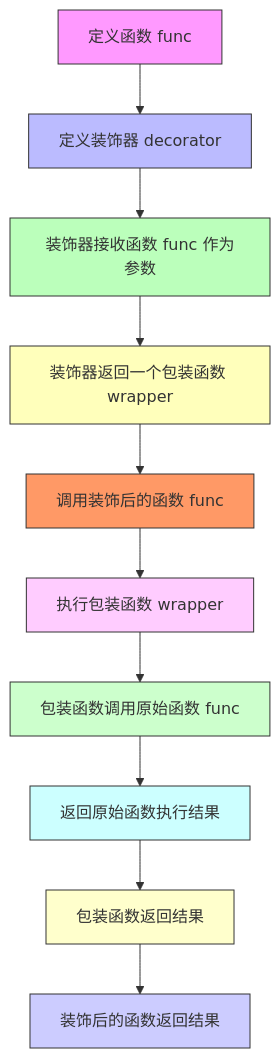
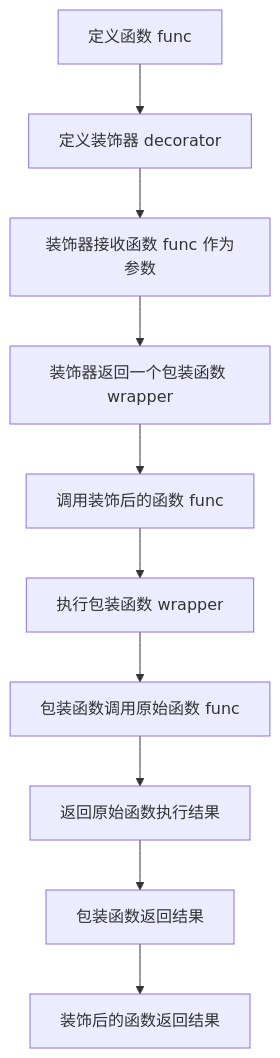
Before and after one commit to 2214372851/YUN: the sixth of 8 diagrams in src/content/docs/Python/python.md, drawn with Mermaid. The commit also changed other lines of this file and 2 other files, not shown here.

Commit message:
feat: add circular reference documentation with examples and solutions

````diff
--- a/src/content/docs/Python/python.md
+++ b/src/content/docs/Python/python.md
@@ -1000,23 +1000,12 @@
 ```mermaid
 flowchart TD
     A[定义函数 func] --> B[定义装饰器 decorator]
     B --> C[装饰器接收函数 func 作为参数]
     C --> D[装饰器返回一个包装函数 wrapper]
     D --> E[调用装饰后的函数 func]
     E --> F[执行包装函数 wrapper]
     F --> G[包装函数调用原始函数 func]
     G --> H[返回原始函数执行结果]
     H --> I[包装函数返回结果]
     I --> J[装饰后的函数返回结果]
-
-    style A fill:#f9f,stroke:#333,stroke-width:1px
-    style B fill:#bbf,stroke:#333,stroke-width:1px
-    style C fill:#bfb,stroke:#333,stroke-width:1px
-    style D fill:#ffb,stroke:#333,stroke-width:1px
-    style E fill:#f96,stroke:#333,stroke-width:1px
-    style F fill:#fcf,stroke:#333,stroke-width:1px
-    style G fill:#cfc,stroke:#333,stroke-width:1px
-    style H fill:#cff,stroke:#333,stroke-width:1px
-    style I fill:#ffc,stroke:#333,stroke-width:1px
-    style J fill:#ccf,stroke:#333,stroke-width:1px
 ```
````
